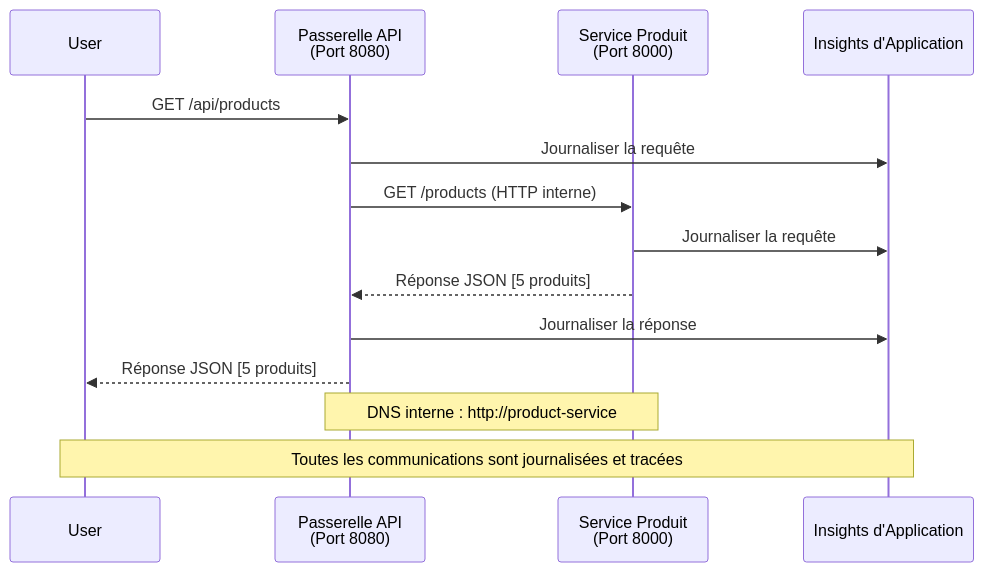
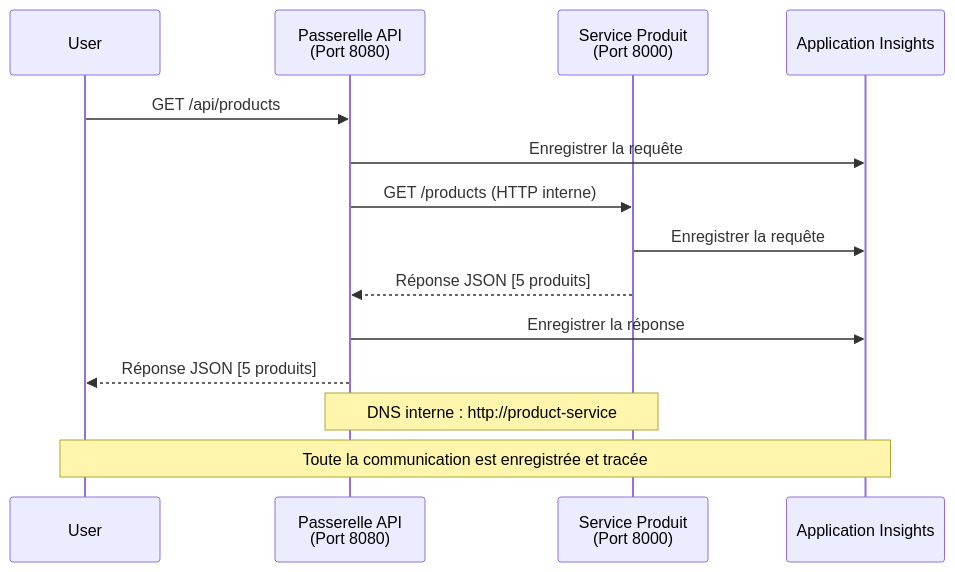
One commit to microsoft/AZD-for-beginners changed the fourth of 4 diagrams in translations/fr/examples/microservices/README.md. Above: the diagram before and after it, drawn with Mermaid. The commit also changed other lines of this file and 282 other files, not shown here.

````diff
--- a/translations/fr/examples/microservices/README.md
+++ b/translations/fr/examples/microservices/README.md
@@ -432,18 +423,18 @@
 ```mermaid
 sequenceDiagram
     participant User
     participant Gateway as Passerelle API<br/>(Port 8080)
     participant Product as Service Produit<br/>(Port 8000)
-    participant AI as Insights d'Application
+    participant AI as Application Insights
     
     User->>Gateway: GET /api/products
-    Gateway->>AI: Journaliser la requête
+    Gateway->>AI: Enregistrer la requête
     Gateway->>Product: GET /products (HTTP interne)
-    Product->>AI: Journaliser la requête
+    Product->>AI: Enregistrer la requête
     Product-->>Gateway: Réponse JSON [5 produits]
-    Gateway->>AI: Journaliser la réponse
+    Gateway->>AI: Enregistrer la réponse
     Gateway-->>User: Réponse JSON [5 produits]
     
     Note over Gateway,Product: DNS interne : http://product-service
-    Note over User,AI: Toutes les communications sont journalisées et tracées
+    Note over User,AI: Toute la communication est enregistrée et tracée
 ```
````
